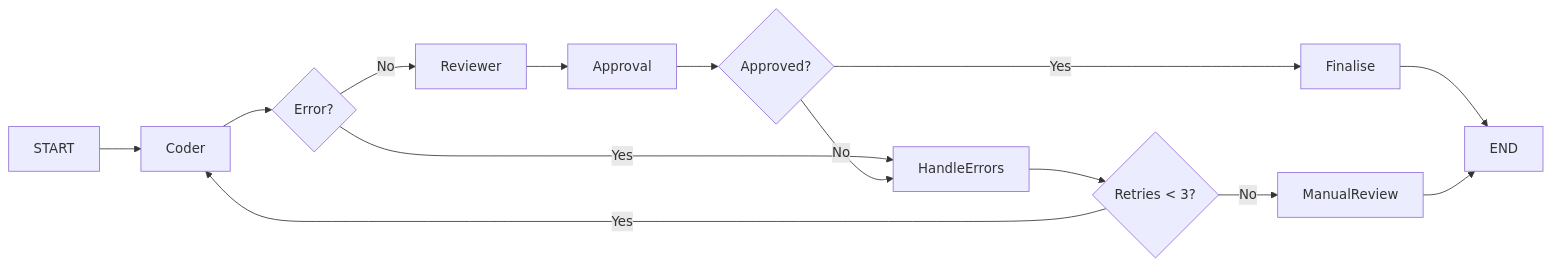
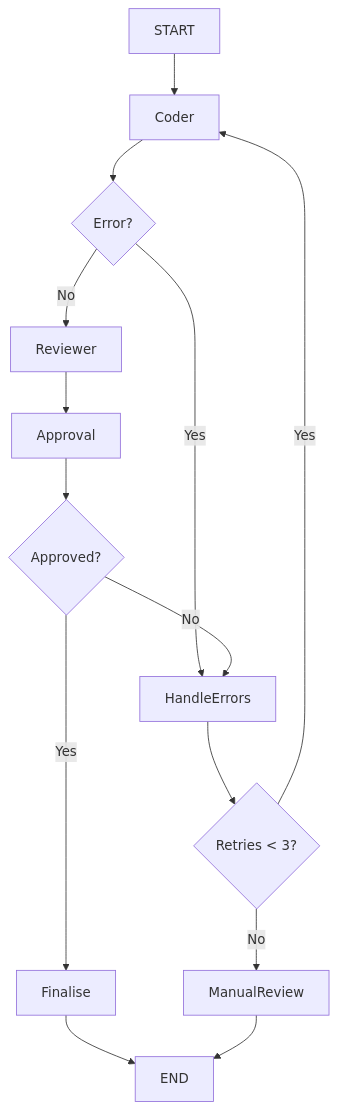
Before and after one commit to rulala/fac-ws_ai_multi-agent: the eighth of 10 diagrams in PATTERNS.md, drawn with Mermaid.

````diff
--- a/PATTERNS.md
+++ b/PATTERNS.md
@@ -224,16 +224,16 @@
 ```mermaid
-graph LR
+graph TD
     START --> Coder
     Coder --> ErrorCheck{Error?}
     ErrorCheck -->|Yes| HandleErrors
     ErrorCheck -->|No| Reviewer
     HandleErrors --> RetryCheck{Retries < 3?}
     RetryCheck -->|Yes| Coder
     RetryCheck -->|No| ManualReview
     Reviewer --> Approval
     Approval --> ApprovalCheck{Approved?}
     ApprovalCheck -->|Yes| Finalise
     ApprovalCheck -->|No| HandleErrors
     Finalise --> END
     ManualReview --> END
 ```
````
